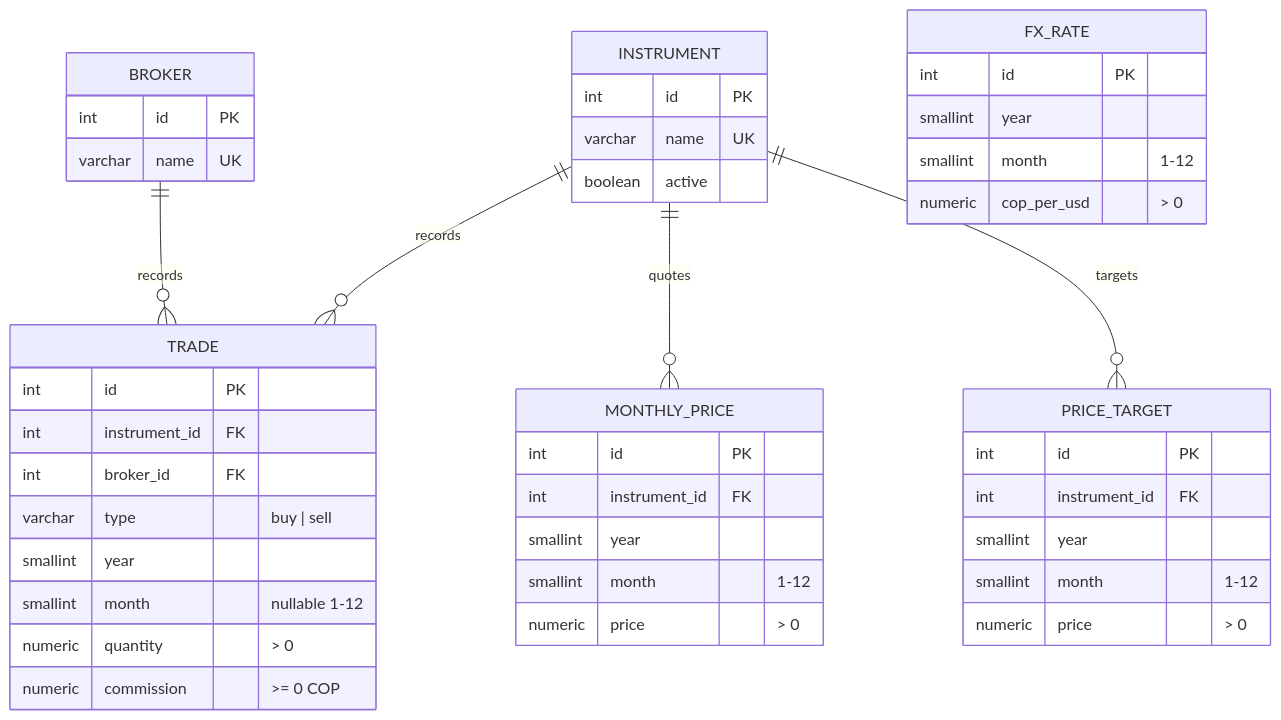
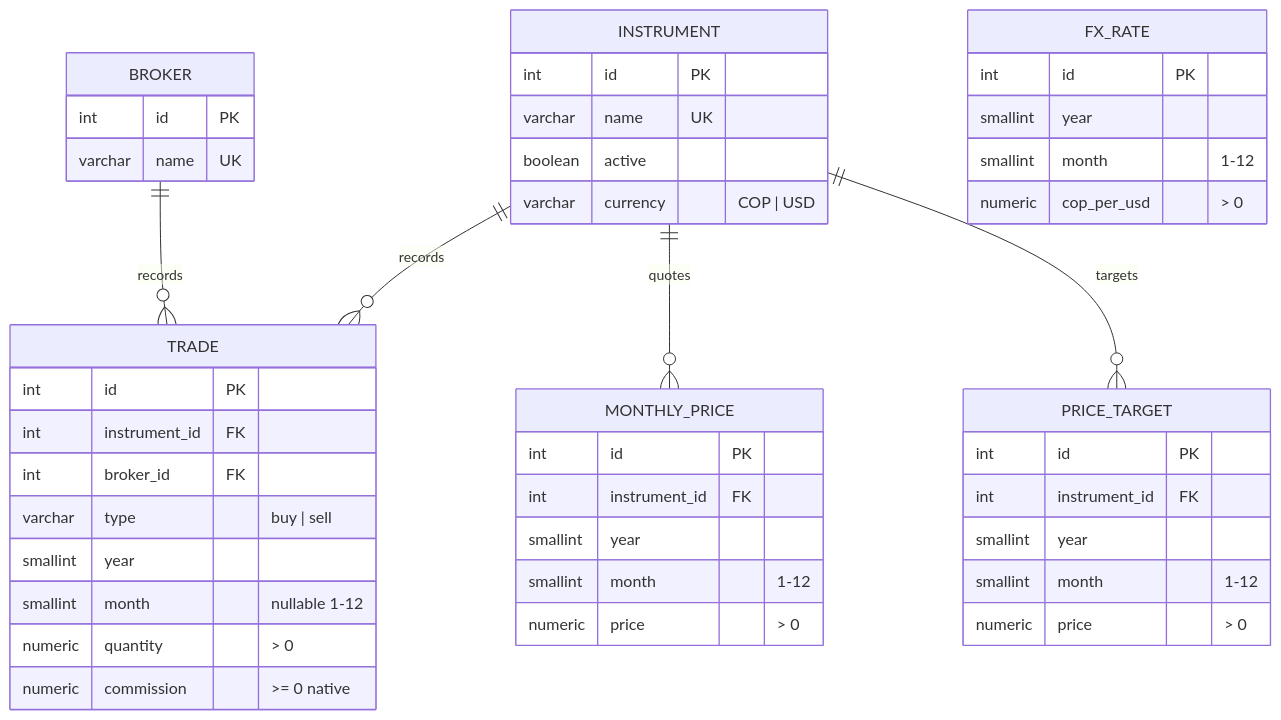
Before and after one commit to sebasvalencia/stocks: the second of 3 diagrams in README.md, drawn with Mermaid. The commit also changed other lines of this file and 2 other files, not shown here.

````diff
--- a/README.md
+++ b/README.md
@@ -320,47 +199,48 @@
 ```mermaid
 erDiagram
   BROKER {
     int id PK
     varchar name UK
   }
   INSTRUMENT {
     int id PK
     varchar name UK
     boolean active
+    varchar currency "COP | USD"
   }
   TRADE {
     int id PK
     int instrument_id FK
     int broker_id FK
     varchar type "buy | sell"
     smallint year
     smallint month "nullable 1-12"
     numeric quantity "> 0"
-    numeric commission ">= 0 COP"
+    numeric commission ">= 0 native"
   }
   MONTHLY_PRICE {
     int id PK
     int instrument_id FK
     smallint year
     smallint month "1-12"
     numeric price "> 0"
   }
   PRICE_TARGET {
     int id PK
     int instrument_id FK
     smallint year
     smallint month "1-12"
     numeric price "> 0"
   }
   FX_RATE {
     int id PK
     smallint year
     smallint month "1-12"
     numeric cop_per_usd "> 0"
   }
 
   BROKER ||--o{ TRADE : records
   INSTRUMENT ||--o{ TRADE : records
   INSTRUMENT ||--o{ MONTHLY_PRICE : quotes
   INSTRUMENT ||--o{ PRICE_TARGET : targets
 ```
````
